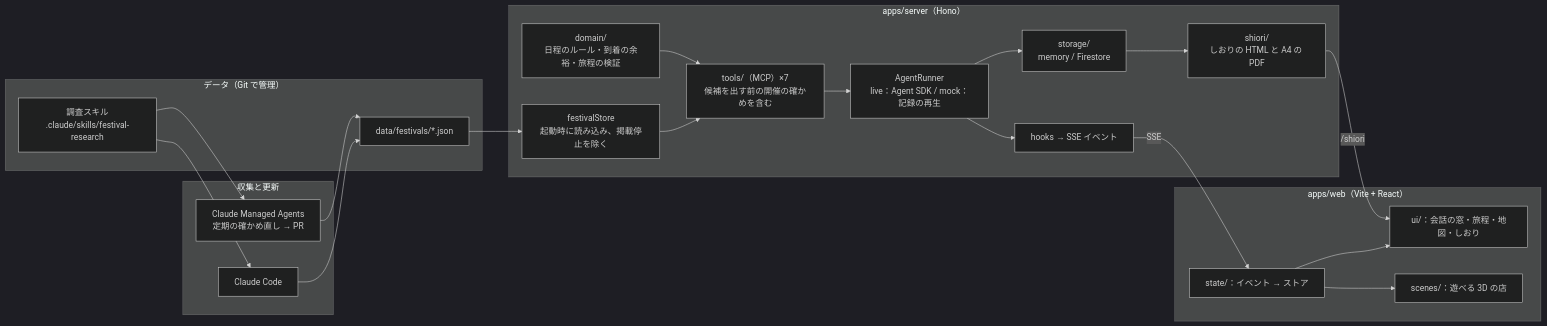
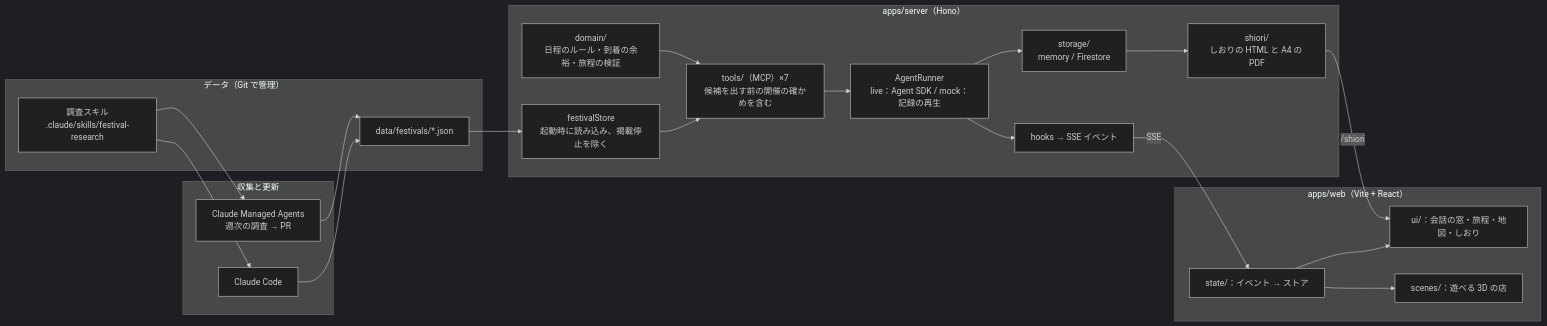
One commit to kdoai/matsuri-ikoka changed the first of 2 diagrams in docs/architecture.md. Above: the diagram before and after it, drawn with Mermaid (dark theme). The commit also changed other lines of this file and 25 other files, not shown here.

First line of the commit message:
feat(infra): 祭りの週次の調査を Managed Agents の定期実行で進める (#176)

````diff
--- a/docs/architecture.md
+++ b/docs/architecture.md
@@ -9,32 +9,32 @@
 ```mermaid
 flowchart LR
   subgraph Data["データ（Git で管理）"]
     SK["調査スキル<br/>.claude/skills/festival-research"]
     FJ["data/festivals/*.json"]
   end
   subgraph Collect["収集と更新"]
     CC["Claude Code"]
-    MA["Claude Managed Agents<br/>定期の確かめ直し → PR"]
+    MA["Claude Managed Agents<br/>週次の調査 → PR"]
   end
   subgraph Server["apps/server（Hono）"]
     ST["festivalStore<br/>起動時に読み込み、掲載停止を除く"]
     DM["domain/<br/>日程のルール・到着の余裕・旅程の検証"]
     TL["tools/（MCP）×7<br/>候補を出す前の開催の確かめを含む"]
     AR["AgentRunner<br/>live：Agent SDK / mock：記録の再生"]
     HK["hooks → SSE イベント"]
     SH["shiori/<br/>しおりの HTML と A4 の PDF"]
     SV["storage/<br/>memory / Firestore"]
   end
   subgraph Web["apps/web（Vite + React）"]
     SE["state/：イベント → ストア"]
     UI["ui/：会話の窓・旅程・地図・しおり"]
     TD["scenes/：遊べる 3D の店"]
   end
   SK --> CC --> FJ
   SK --> MA --> FJ
   FJ --> ST --> TL
   DM --> TL --> AR --> HK -->|SSE| SE
   SE --> UI
   SE --> TD
   AR --> SV --> SH -->|/shiori| UI
 ```
````
